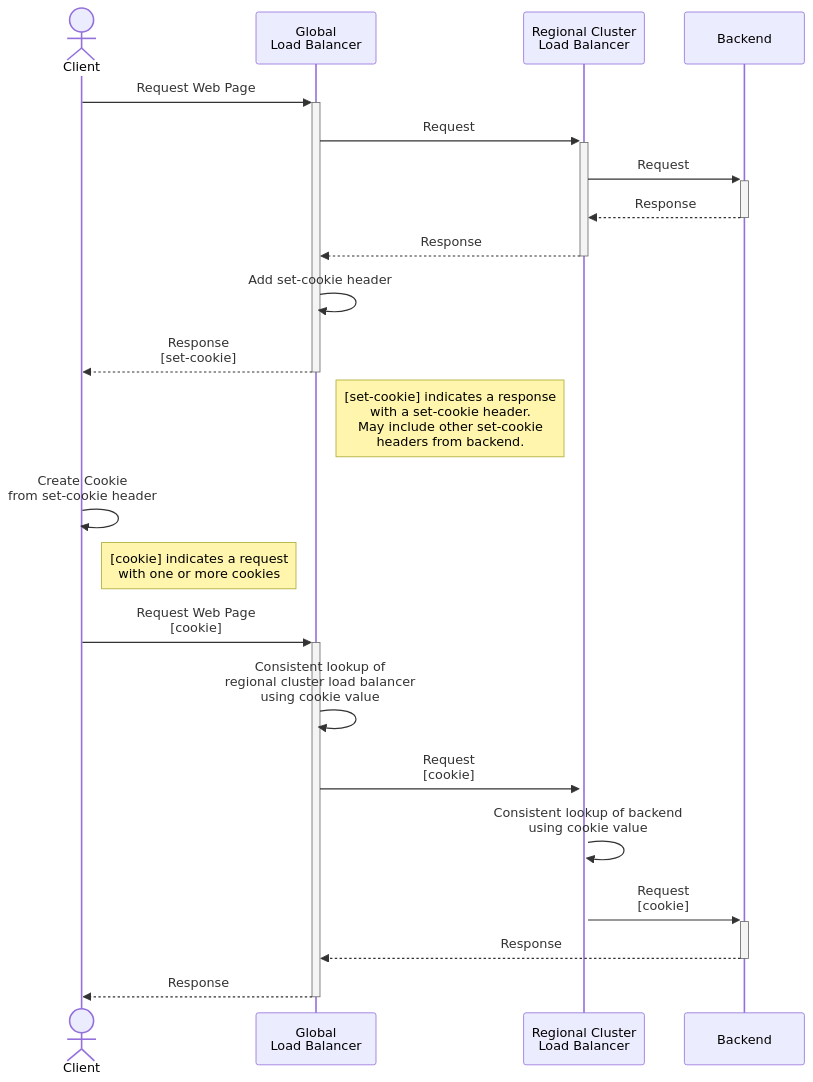
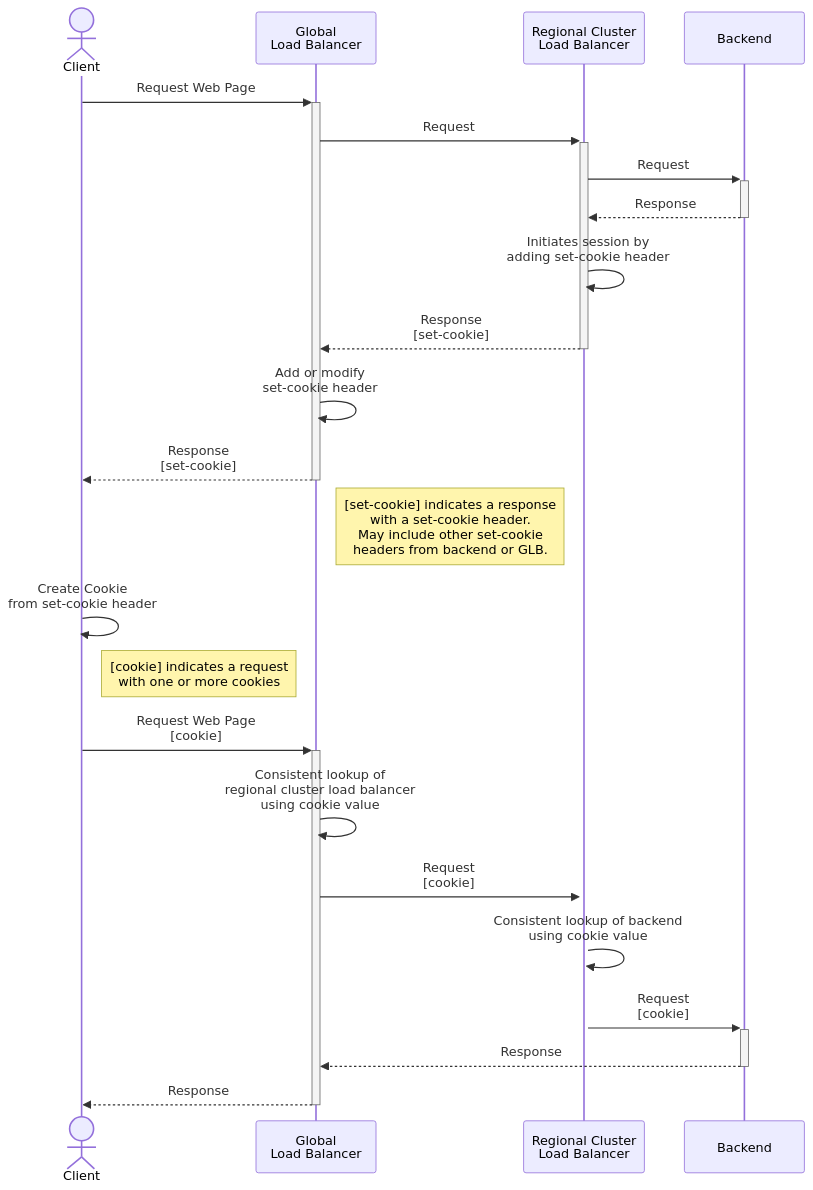
One commit to kubernetes-sigs/gateway-api changed the third of 5 diagrams in geps/gep-1619.md. Above: the diagram before and after it, drawn with Mermaid. The commit also changed other lines of this file, not shown here.

````diff
--- a/geps/gep-1619.md
+++ b/geps/gep-1619.md
@@ -167,24 +182,25 @@
 ```mermaid
 sequenceDiagram
     actor C as Client
     participant G as Global<br>Load Balancer
     participant R as Regional Cluster<br>Load Balancer
     participant B as Backend
     C->>+G: Request Web Page
     G->>+R: Request
     R->>+B: Request
     B-->>-R: Response
-    R-->>-G: Response
-    G->>G: Add set-cookie header
+    R->>R: Initiates session by<br>adding set-cookie header
+    R-->>-G: Response<br>[set-cookie]
+    G->>G: Add or modify<br>set-cookie header
     G-->>-C: Response<br>[set-cookie]
-    Note right of G: [set-cookie] indicates a response<br> with a set-cookie header.<br>May include other set-cookie<br>headers from backend.
+    Note right of G: [set-cookie] indicates a response<br> with a set-cookie header.<br>May include other set-cookie<br>headers from backend or GLB.
     C->>C: Create Cookie<br>from set-cookie header
     Note right of C: [cookie] indicates a request<br> with one or more cookies
     C->>+G: Request Web Page<br>[cookie]
     G->>G: Consistent lookup of<br>regional cluster load balancer<br>using cookie value
     G->>+R: Request<br>[cookie]
     R->>R: Consistent lookup of backend<br>using cookie value
     R->>+B: Request<br>[cookie]
     B-->>-G: Response
     G-->>-C: Response
 ```
````
